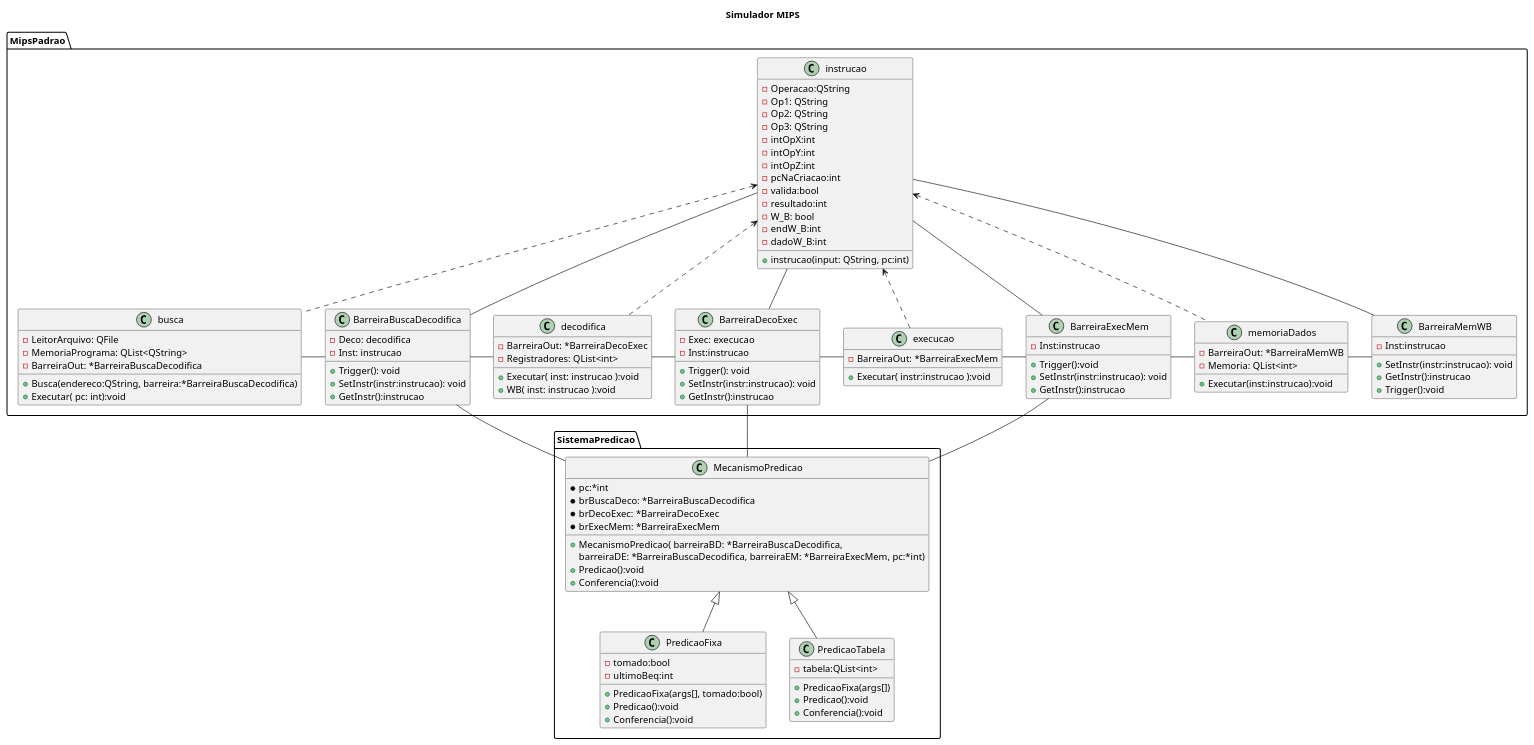
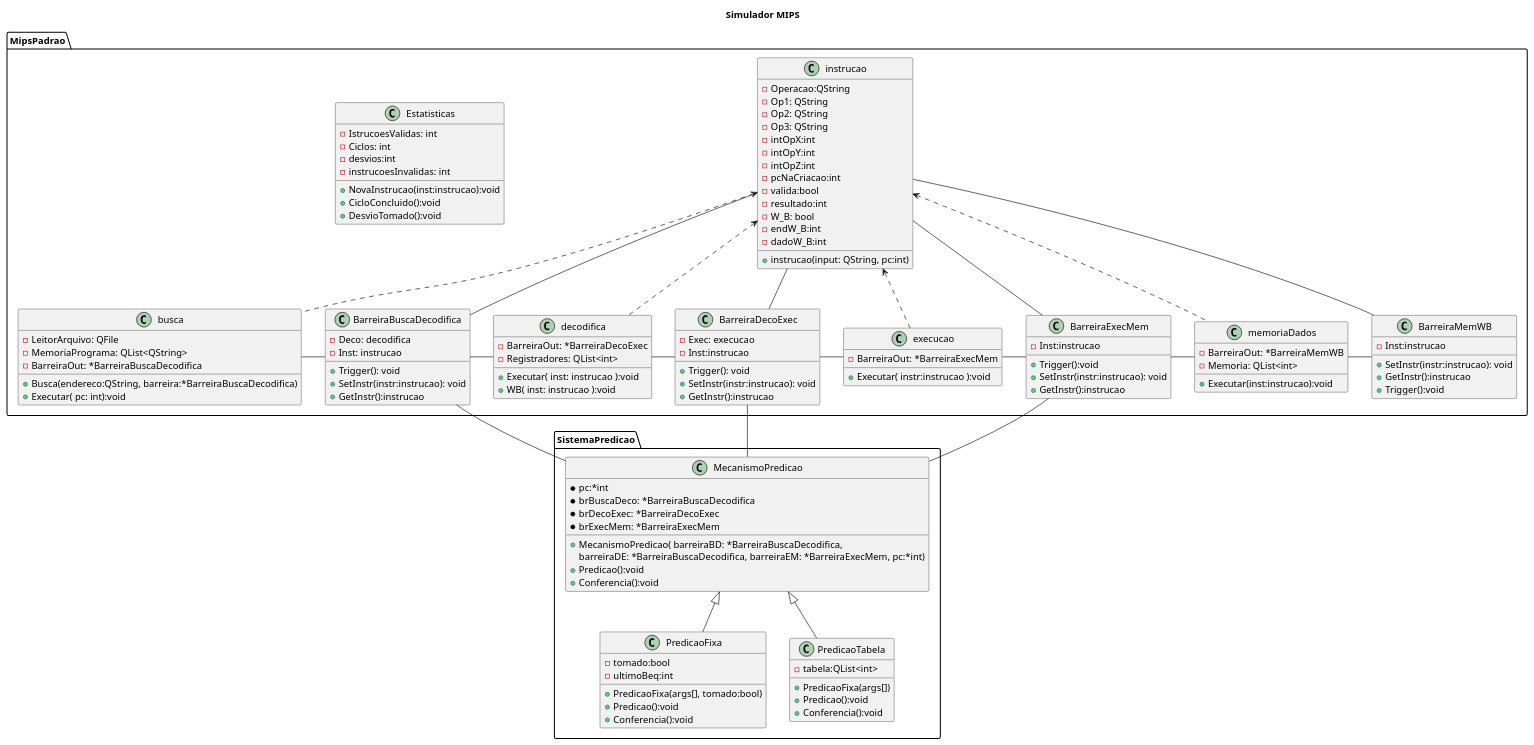
One commit to vlovini/ARQI_Mips_Simulator changed the diagram in UML.wsd. Above: the diagram before and after it, drawn with PlantUML. The commit also changed 11 other files, not shown here.

```diff
--- a/UML.wsd
+++ b/UML.wsd
@@ -1,122 +1,132 @@
 @startuml
 Title Simulador MIPS
 package MipsPadrao{
     class busca{
         - LeitorArquivo: QFile
         - MemoriaPrograma: QList<QString>
         - BarreiraOut: *BarreiraBuscaDecodifica
 
         + Busca(endereco:QString, barreira:*BarreiraBuscaDecodifica)
         + Executar( pc: int):void
 
     }
     class BarreiraBuscaDecodifica{
         - Deco: decodifica
         - Inst: instrucao
         + Trigger(): void
         + SetInstr(instr:instrucao): void
         + GetInstr():instrucao
     }
     class decodifica{
         - BarreiraOut: *BarreiraDecoExec
         - Registradores: QList<int>
         + Executar( inst: instrucao ):void
         + WB( inst: instrucao ):void
     }
     class BarreiraDecoExec{
         - Exec: execucao
         - Inst:instrucao
         + Trigger(): void
         + SetInstr(instr:instrucao): void
         + GetInstr():instrucao
 
     }
     class execucao{
         - BarreiraOut: *BarreiraExecMem
         + Executar( instr:instrucao ):void
     }
     class BarreiraExecMem{
         - Inst:instrucao
         + Trigger():void
         + SetInstr(instr:instrucao): void
         + GetInstr():instrucao
     }
     class memoriaDados{
         - BarreiraOut: *BarreiraMemWB 
         - Memoria: QList<int>
         + Executar(inst:instrucao):void
     }
     class BarreiraMemWB{
         - Inst:instrucao
         + SetInstr(instr:instrucao): void
         + GetInstr():instrucao
         + Trigger():void
+    }
+    class Estatisticas{
+        - IstrucoesValidas: int
+        - Ciclos: int
+        - desvios:int
+        - instrucoesInvalidas: int
+        + NovaInstrucao(inst:instrucao):void
+        + CicloConcluido():void
+        + DesvioTomado():void
+
     }
     class instrucao{
     - Operacao:QString
     - Op1: QString
     - Op2: QString
     - Op3: QString
     - intOpX:int
     - intOpY:int
     - intOpZ:int
     - pcNaCriacao:int
     - valida:bool
     - resultado:int
     - W_B: bool
     - endW_B:int
     - dadoW_B:int
     + instrucao(input: QString, pc:int)
 
 }
 }
 package SistemaPredicao{
     class MecanismoPredicao{
         +MecanismoPredicao( barreiraBD: *BarreiraBuscaDecodifica, 
         barreiraDE: *BarreiraBuscaDecodifica, barreiraEM: *BarreiraExecMem, pc:*int)
         *pc:*int
         *brBuscaDeco: *BarreiraBuscaDecodifica
         *brDecoExec: *BarreiraDecoExec
         *brExecMem: *BarreiraExecMem
         +Predicao():void
         +Conferencia():void
     }
     class PredicaoFixa{
         -tomado:bool
         -ultimoBeq:int
         +PredicaoFixa(args[], tomado:bool)
         +Predicao():void
         +Conferencia():void
     }
     class PredicaoTabela{
         -tabela:QList<int>
         +PredicaoFixa(args[])
         +Predicao():void
         +Conferencia():void
     }
 }
 
 busca - BarreiraBuscaDecodifica
 busca .up.> instrucao
 BarreiraBuscaDecodifica - decodifica
 decodifica - BarreiraDecoExec
 decodifica .up.> instrucao
 BarreiraDecoExec - execucao
 BarreiraDecoExec -up-instrucao
 execucao - BarreiraExecMem
 execucao .up.> instrucao
 BarreiraExecMem -right- memoriaDados
 BarreiraExecMem -up-instrucao
 memoriaDados -right- BarreiraMemWB
 BarreiraMemWB -up-instrucao
 memoriaDados .up.> instrucao
 BarreiraBuscaDecodifica -up- instrucao
 MecanismoPredicao <|-down- PredicaoFixa
 MecanismoPredicao <|-down- PredicaoTabela
 
 MecanismoPredicao -up- BarreiraBuscaDecodifica
 MecanismoPredicao -up- BarreiraDecoExec
 MecanismoPredicao -up- BarreiraExecMem
 
 
 @enduml
```
